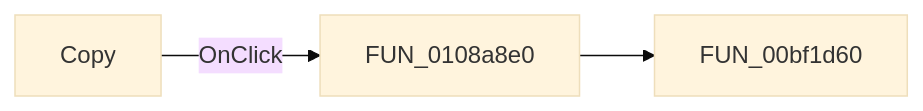
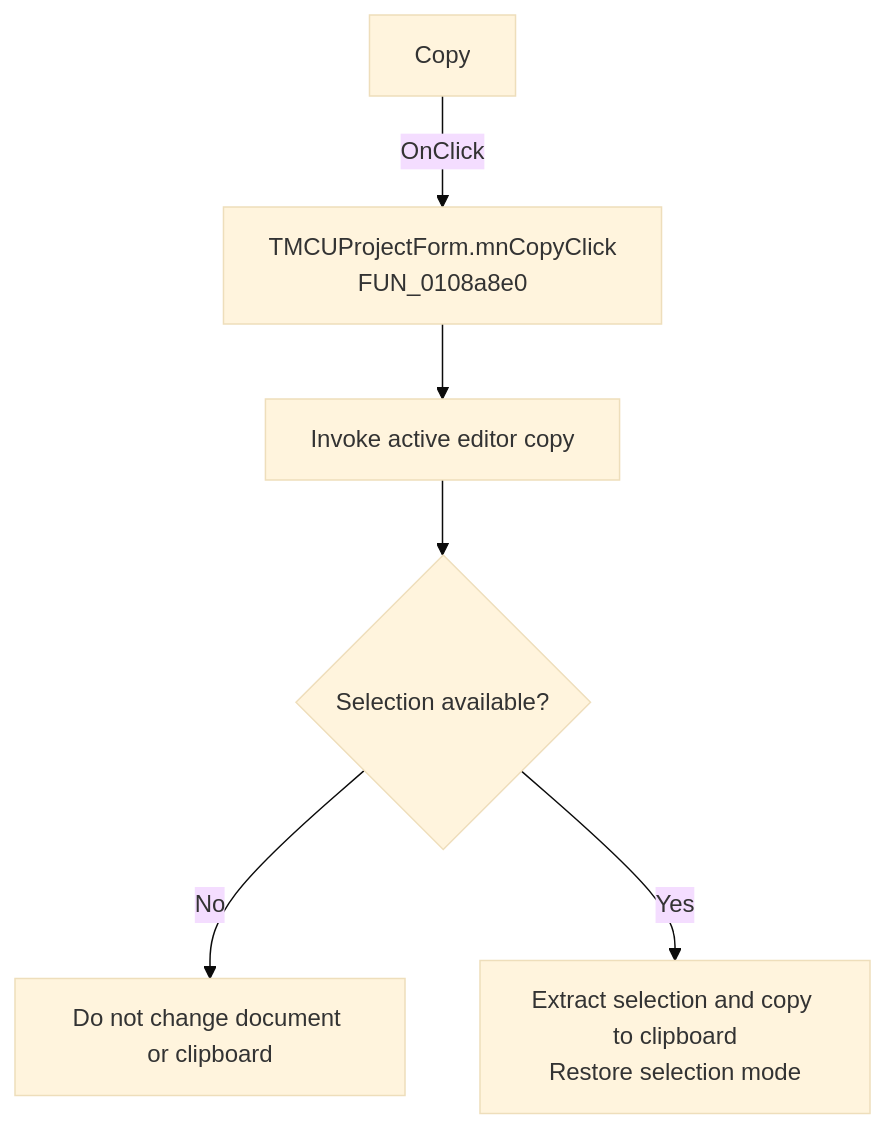
Before and after one commit to MovGP0/TIARA: the diagram in docs/ui-controls/mcuprojectform/mncopy-07f88cf058.md, drawn with Mermaid (base theme). The commit also changed other lines of this file and 1062 other files, not shown here.

````diff
--- a/docs/ui-controls/mcuprojectform/mncopy-07f88cf058.md
+++ b/docs/ui-controls/mcuprojectform/mncopy-07f88cf058.md
@@ -27,5 +27,8 @@
 ```mermaid
-flowchart LR
-    control["Copy"] -->|OnClick| handler["FUN_0108a8e0"]
-    handler --> call1["FUN_00bf1d60"]
+flowchart TD
+    control["Copy"] -->|OnClick| handler["TMCUProjectForm.mnCopyClick<br/>FUN_0108a8e0"]
+    handler --> editor["Invoke active editor copy"]
+    editor --> selection{"Selection available?"}
+    selection -->|No| noOp["Do not change document or clipboard"]
+    selection -->|Yes| copy["Extract selection and copy to clipboard<br/>Restore selection mode"]
 ```
````
